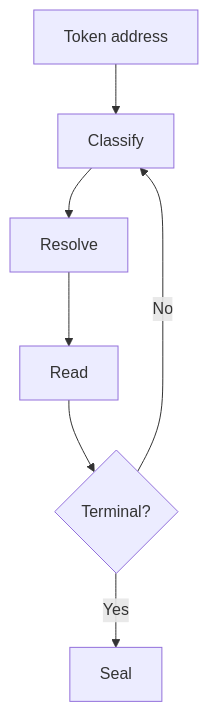
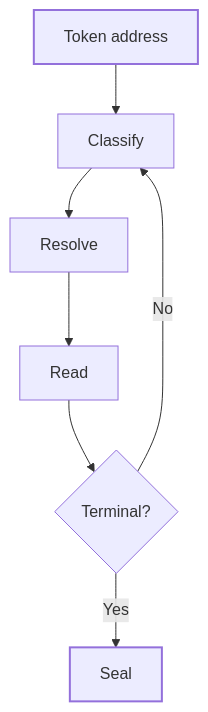
One commit to blupryntco/docs changed the diagram in tools/asset-graph/how-it-works.mdx. Above: the diagram before and after it, drawn with Mermaid. The commit also changed 54 other files, not shown here.

Commit message:
Diagrams in site palette with dark mode; Developers overview for SDK + both APIs

````diff
--- a/tools/asset-graph/how-it-works.mdx
+++ b/tools/asset-graph/how-it-works.mdx
@@ -23,9 +23,13 @@
 ```mermaid
 flowchart TD
     A[Token address] --> B[Classify]
     B --> C[Resolve]
     C --> D[Read]
     D --> E{Terminal?}
     E -->|No| B
     E -->|Yes| F[Seal]
+classDef start stroke-width:2px
+classDef done stroke-width:2px
+class A start
+class F done
 ```
````
